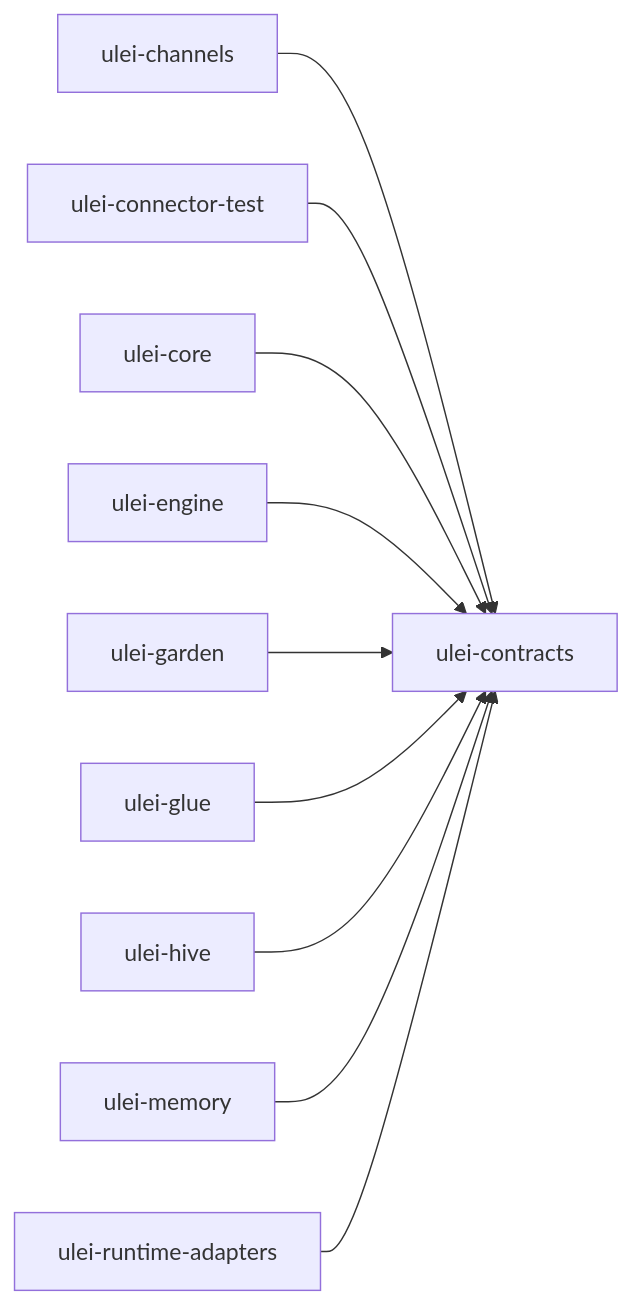
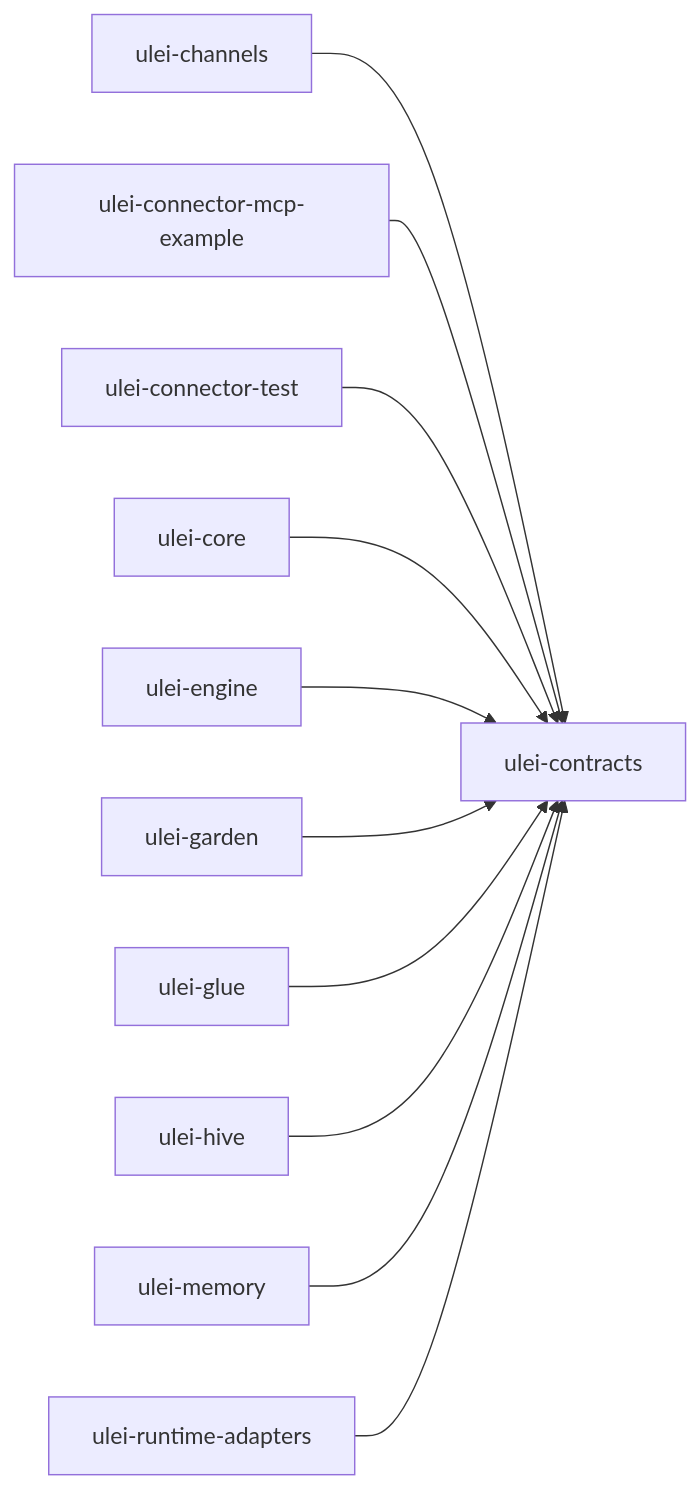
One commit to pasekahq/ulei changed the diagram in docs/architecture/module-map.md. Above: the diagram before and after it, drawn with Mermaid. The commit also changed other lines of this file and 20 other files, not shown here.

First line of the commit message:
Add the MCP wrapper example connector and harden the runner's MCP client (ADR-0056 card 10)

````diff
--- a/docs/architecture/module-map.md
+++ b/docs/architecture/module-map.md
@@ -24,22 +25,24 @@
 ```mermaid
 graph LR
   ulei_channels["ulei-channels"]
+  ulei_connector_mcp_example["ulei-connector-mcp-example"]
   ulei_connector_test["ulei-connector-test"]
   ulei_contracts["ulei-contracts"]
   ulei_core["ulei-core"]
   ulei_engine["ulei-engine"]
   ulei_garden["ulei-garden"]
   ulei_glue["ulei-glue"]
   ulei_hive["ulei-hive"]
   ulei_memory["ulei-memory"]
   ulei_runtime_adapters["ulei-runtime-adapters"]
   ulei_channels --> ulei_contracts
+  ulei_connector_mcp_example --> ulei_contracts
   ulei_connector_test --> ulei_contracts
   ulei_core --> ulei_contracts
   ulei_engine --> ulei_contracts
   ulei_garden --> ulei_contracts
   ulei_glue --> ulei_contracts
   ulei_hive --> ulei_contracts
   ulei_memory --> ulei_contracts
   ulei_runtime_adapters --> ulei_contracts
 ```
````
